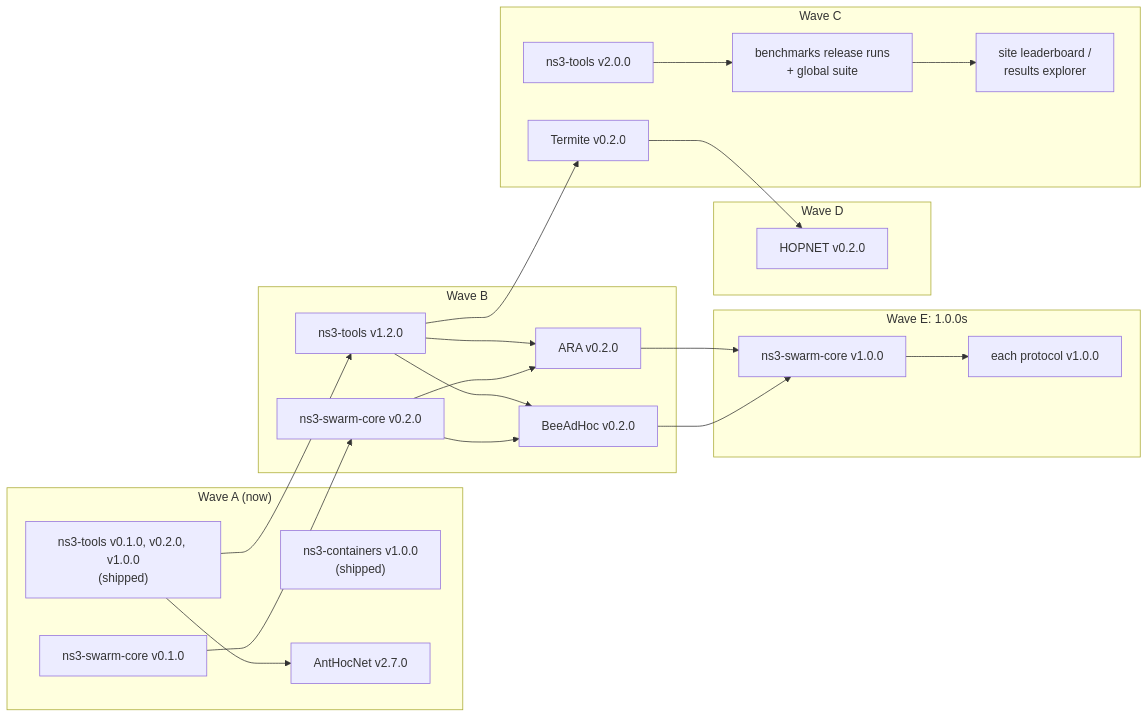
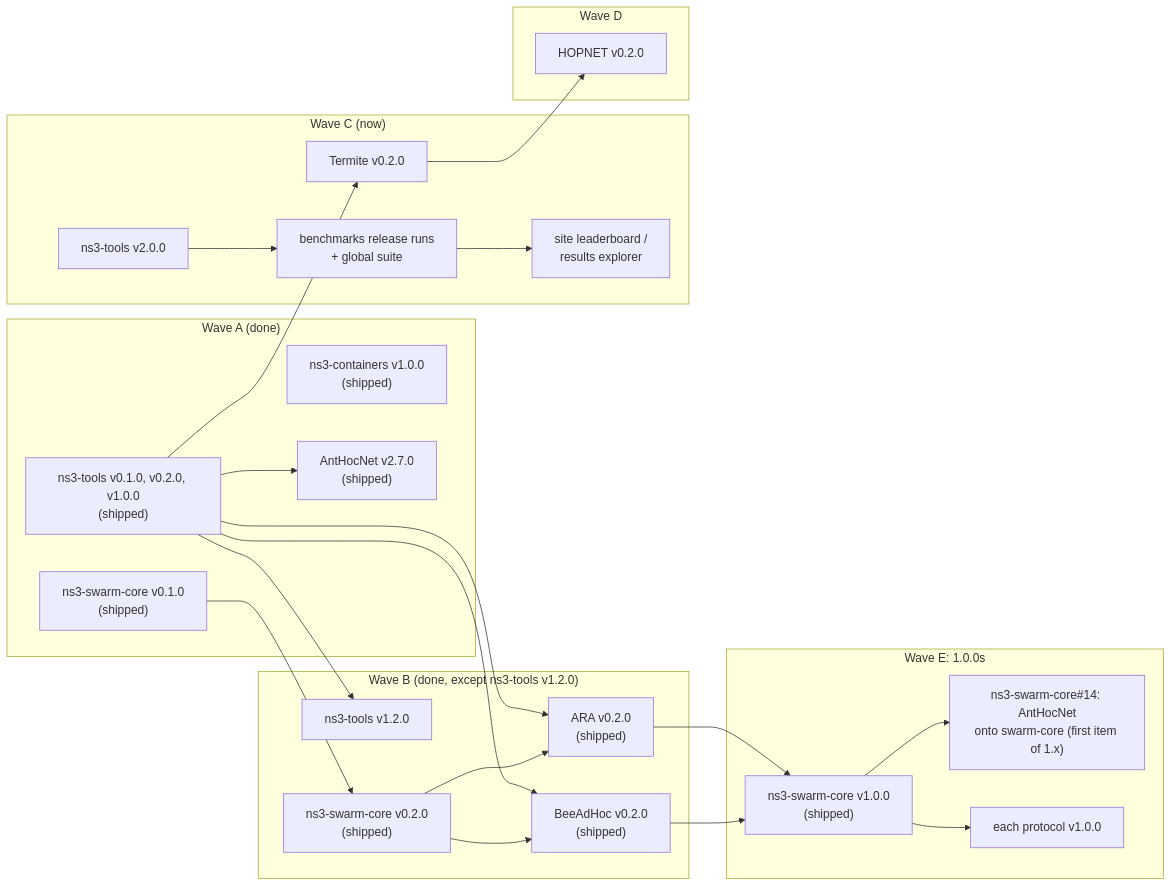
One commit to swarm-routing/.github changed the second of 2 diagrams in ROADMAP.md. Above: the diagram before and after it, drawn with Mermaid. The commit also changed other lines of this file and 1 other file, not shown here.

First line of the commit message:
docs(roadmap): refresh the releases table and the release train; record the decisions of 2026-11-16 (#520)

````diff
--- a/ROADMAP.md
+++ b/ROADMAP.md
@@ -340,42 +383,44 @@
 ```mermaid
 flowchart LR
-  subgraph A["Wave A (now)"]
+  subgraph A["Wave A (done)"]
     T1["ns3-tools v0.1.0, v0.2.0, v1.0.0<br/>(shipped)"]
     NC["ns3-containers v1.0.0<br/>(shipped)"]
-    C1["ns3-swarm-core v0.1.0"]
-    AH["AntHocNet v2.7.0"]
+    C1["ns3-swarm-core v0.1.0<br/>(shipped)"]
+    AH["AntHocNet v2.7.0<br/>(shipped)"]
   end
-  subgraph B["Wave B"]
+  subgraph B["Wave B (done, except ns3-tools v1.2.0)"]
     T2["ns3-tools v1.2.0"]
-    C2["ns3-swarm-core v0.2.0"]
-    ARA2["ARA v0.2.0"]
-    BEE2["BeeAdHoc v0.2.0"]
+    C2["ns3-swarm-core v0.2.0<br/>(shipped)"]
+    ARA2["ARA v0.2.0<br/>(shipped)"]
+    BEE2["BeeAdHoc v0.2.0<br/>(shipped)"]
   end
-  subgraph C["Wave C"]
+  subgraph C["Wave C (now)"]
     TER2["Termite v0.2.0"]
     T3["ns3-tools v2.0.0"]
     BM["benchmarks release runs<br/>+ global suite"]
     SITE["site leaderboard /<br/>results explorer"]
   end
   subgraph D["Wave D"]
     HOP2["HOPNET v0.2.0"]
   end
   subgraph E["Wave E: 1.0.0s"]
-    C10["ns3-swarm-core v1.0.0"]
+    C10["ns3-swarm-core v1.0.0<br/>(shipped)"]
+    I14["ns3-swarm-core#14: AntHocNet<br/>onto swarm-core (first item of 1.x)"]
     P10["each protocol v1.0.0"]
   end
   T1 --> AH
   T1 --> T2
   C1 --> C2
-  T2 --> ARA2
+  T1 --> ARA2
   C2 --> ARA2
-  T2 --> BEE2
+  T1 --> BEE2
   C2 --> BEE2
-  T2 --> TER2
+  T1 --> TER2
   T3 --> BM
   BM --> SITE
   TER2 --> HOP2
   ARA2 --> C10
   BEE2 --> C10
+  C10 --> I14
   C10 --> P10
 ```
````
